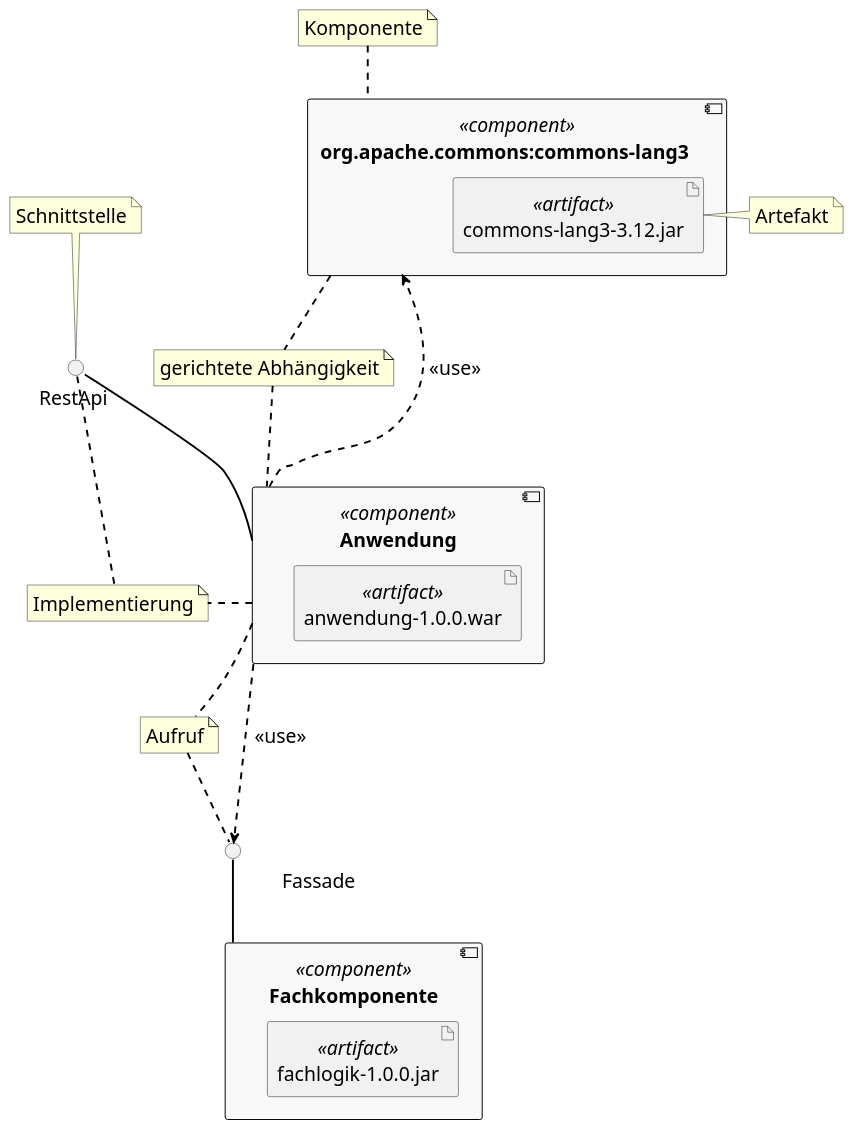
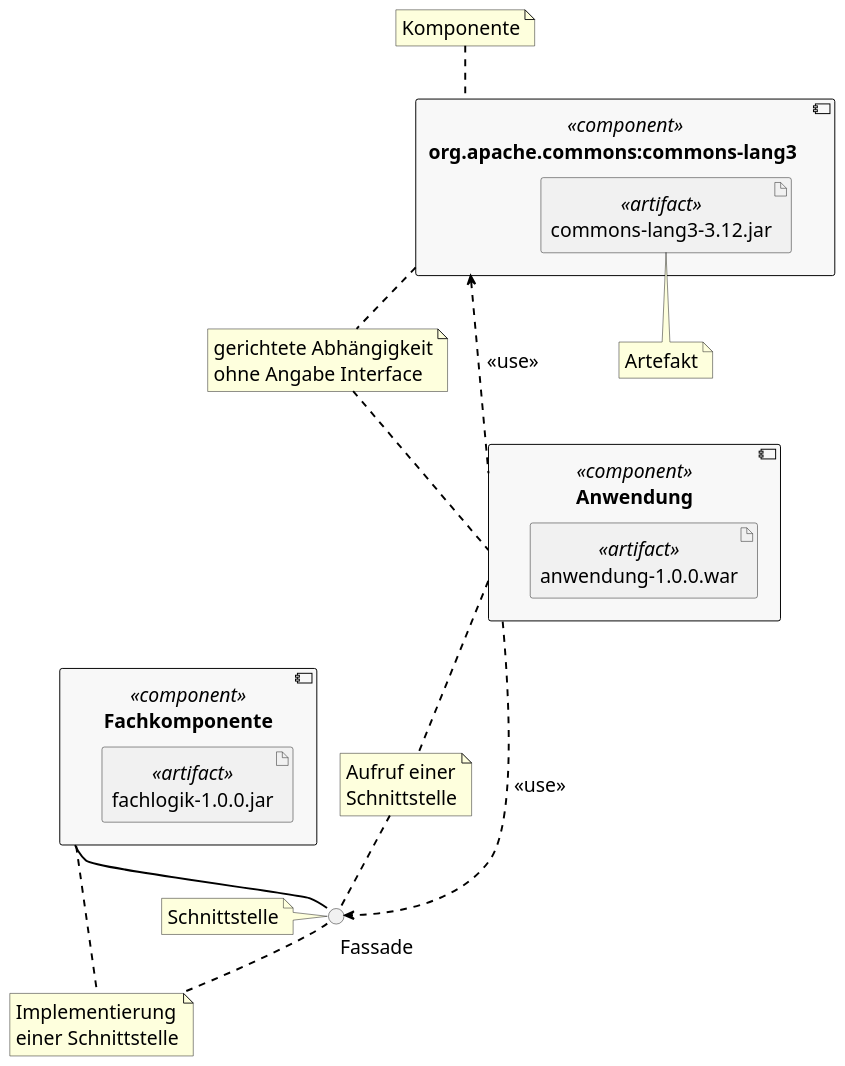
The diagram in doc/uml/component-diagram-overview.puml (uhafner/codingstyle), drawn with PlantUML before and after one commit. The commit also changed 2 other files, not shown here.

Commit message:
Improve UML legend.

```diff
--- a/doc/uml/component-diagram-overview.puml
+++ b/doc/uml/component-diagram-overview.puml
@@ -1,70 +1,67 @@
 @startuml
 
 skinparam component {
   BackgroundColor #f8f8f8
   BorderColor #a0a0a0
   BackgroundColor<<Main>> #FFFF00
   BorderColor black
   FontName Arial Unicode MS
   FontSize 20
-  ArrowFontName  Arial Unicode MS
+  ArrowFontName Arial Unicode MS
   ArrowFontSize 18
 }
 
 skinparam classFontSize 24
 skinparam classAttributeIconSize 0
 skinparam defaultFontSize 20
 
 skinparam ArrowColor black
 skinparam ArrowThickness 2
 
 hide circle
 
 skinparam componentStyle uml2
 
 component "Anwendung" <<component>> as anwendung {
     artifact anwendung-1.0.0.war <<artifact>> as war {
     }
 }
 
 component "Fachkomponente" <<component>> as fachkomponente {
     artifact fachlogik-1.0.0.jar <<artifact>> as jar {
     }
 }
 
 component " org.apache.commons:commons-lang3      " <<component>> as library {
     artifact commons-lang3-3.12.jar <<artifact>> as lang {
     }
 }
 
 anwendung .up.> library : " <<use>>"
 
 note "Artefakt" as artefact
 note "Komponente" as component
 note "Schnittstelle" as schnittstelle
-note "Implementierung" as Implementierung
-note "Aufruf" as Use
-note "gerichtete Abhängigkeit" as Dependency
+note "Implementierung\neiner Schnittstelle" as Implementierung
+note "Aufruf einer\nSchnittstelle" as Use
+note "gerichtete Abhängigkeit\nohne Angabe Interface" as Dependency
 
-circle "   \t\t\t           Fassade " as fassade
-circle "RestApi " as api
-
+circle "\t         Fassade " as fassade
 
 anwendung ..> fassade : " <<use>>"
-fassade -- fachkomponente
+fassade -up- fachkomponente
 
 anwendung .down. Use
 fassade .up. Use
 
-api .up. schnittstelle
+fassade .left. schnittstelle
 library .up. component
-lang .left. artefact
+lang .down. artefact
 
-anwendung -up- api : " "
-api .down. Implementierung
-anwendung .right. Implementierung
+fassade .down. Implementierung
+fachkomponente .right. Implementierung
 
 anwendung .up. Dependency
 library .down. Dependency
 
 @enduml
```
